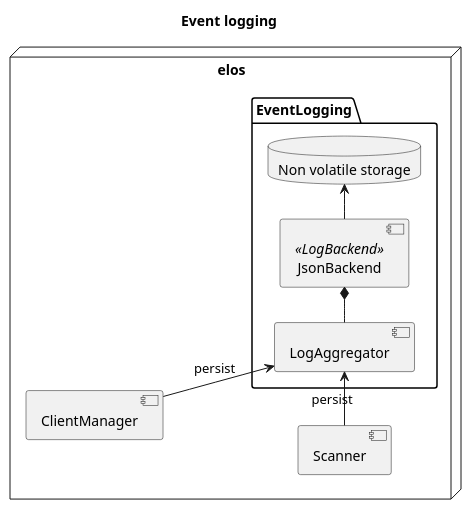
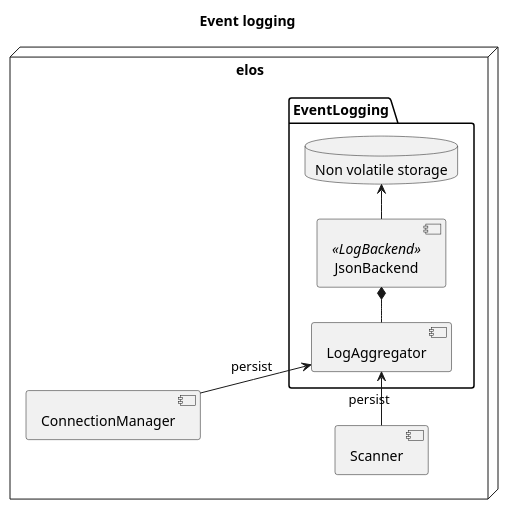
The diagram in doc/images/overview_event_logging.plantuml (Elektrobit/elos), drawn with PlantUML before and after one commit. The commit also changed 156 other files, not shown here.

Commit message:
client manager renamed to connection manager

```diff
--- a/doc/images/overview_event_logging.plantuml
+++ b/doc/images/overview_event_logging.plantuml
@@ -1,23 +1,23 @@
 @startuml
 title Event logging
 left to right direction
 
 node elos {
   package EventLogging {
     component LogAggregator
     component JsonBackend <<LogBackend>>
     database "Non volatile storage" as Storage
   }
 
   together {
     component Scanner
-    component ClientManager
+    component ConnectionManager
   }
 }
 
-Scanner -[hidden]up-> ClientManager
+Scanner -[hidden]up-> ConnectionManager
 Scanner -> LogAggregator : persist
-ClientManager -> LogAggregator : persist
+ConnectionManager -> LogAggregator : persist
 LogAggregator -* JsonBackend
 JsonBackend -> Storage
 @enduml
```
